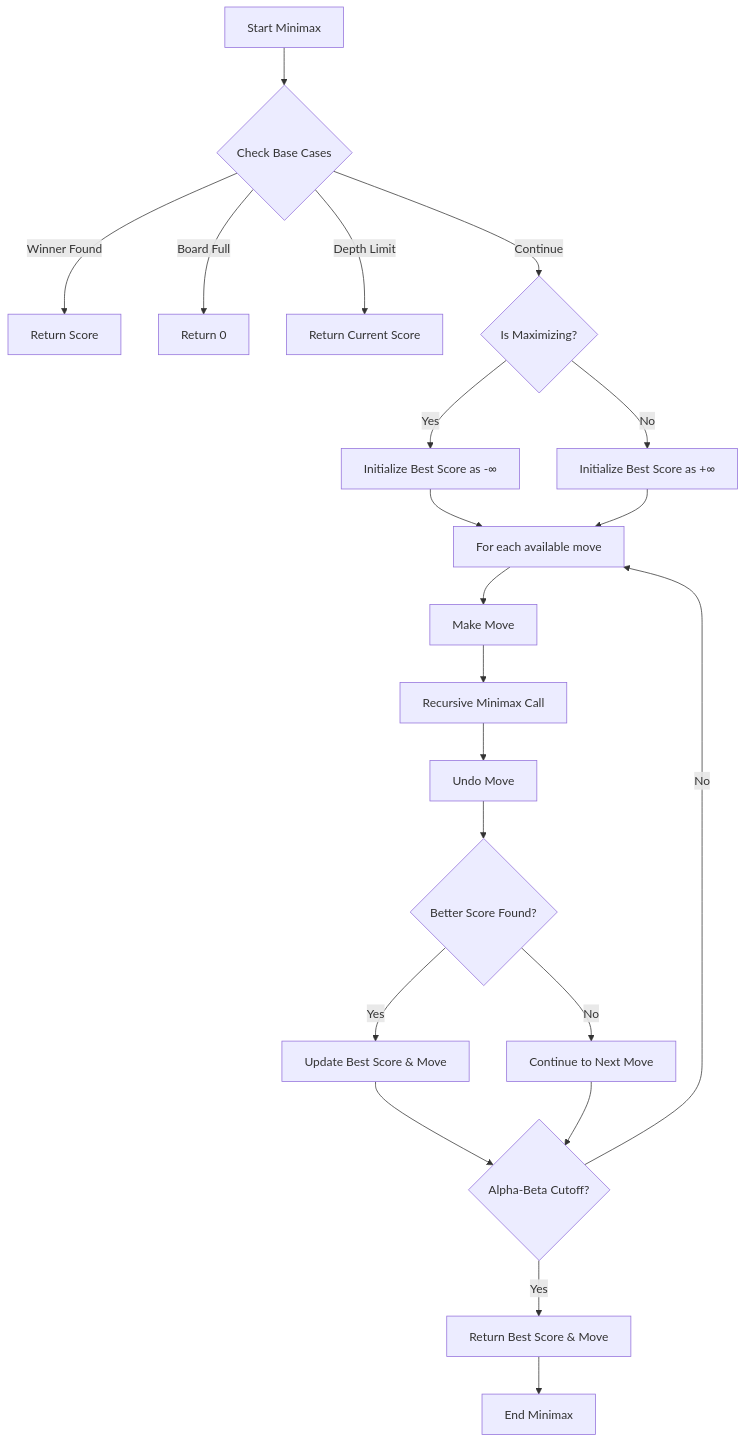
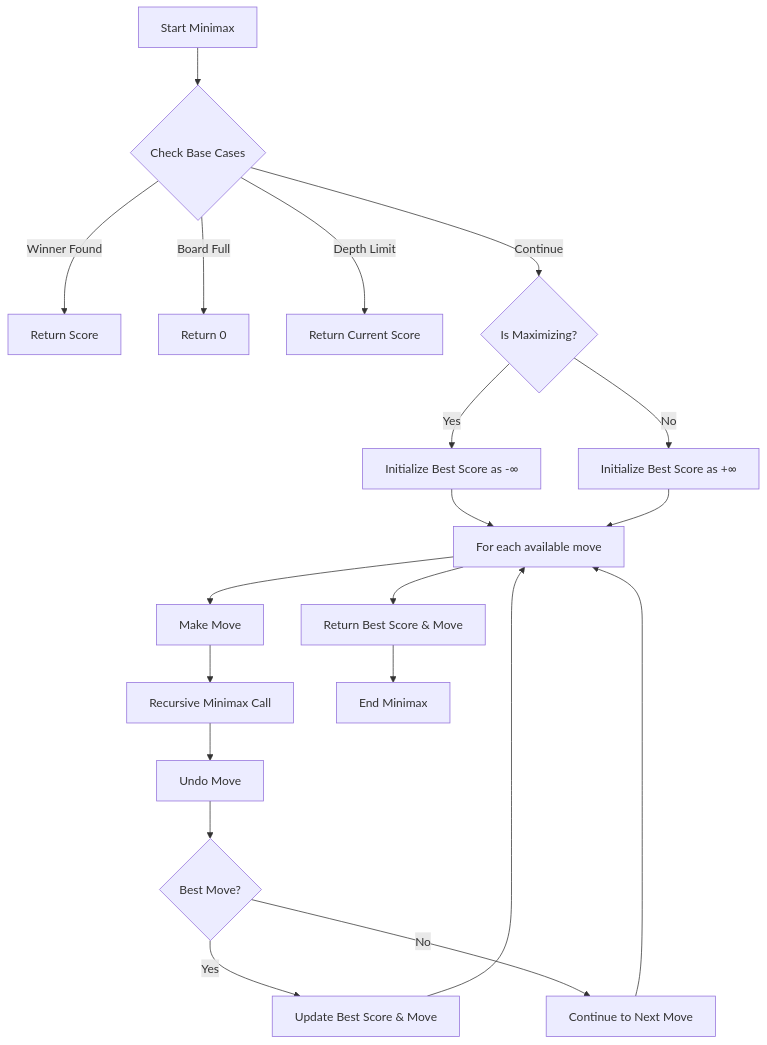
One commit to faraz18001/Advanced-Tic-Tac-Toe-Game changed the diagram in README.md. Above: the diagram before and after it, drawn with Mermaid. The commit also changed other lines of this file, not shown here.

````diff
--- a/README.md
+++ b/README.md
@@ -96,31 +64,30 @@
 ```mermaid
 flowchart TD
     A[Start Minimax] --> B{Check Base Cases}
     B -->|Winner Found| C[Return Score]
     B -->|Board Full| D[Return 0]
     B -->|Depth Limit| E[Return Current Score]
     
     B -->|Continue| F{Is Maximizing?}
     
     F -->|Yes| G[Initialize Best Score as -∞]
     F -->|No| H[Initialize Best Score as +∞]
     
     G --> I[For each available move]
     H --> I
     
     I --> J[Make Move]
     J --> K[Recursive Minimax Call]
     K --> L[Undo Move]
     
-    L --> M{Better Score Found?}
+    L --> M{Best Move?}
     M -->|Yes| N[Update Best Score & Move]
     M -->|No| O[Continue to Next Move]
     
-    N --> P{Alpha-Beta Cutoff?}
-    O --> P
+    N --> I
+    O --> I
     
-    P -->|Yes| Q[Return Best Score & Move]
-    P -->|No| I
+    I --> P[Return Best Score & Move]
     
-    Q --> R[End Minimax]
+    P --> Q[End Minimax]
 ```
````
